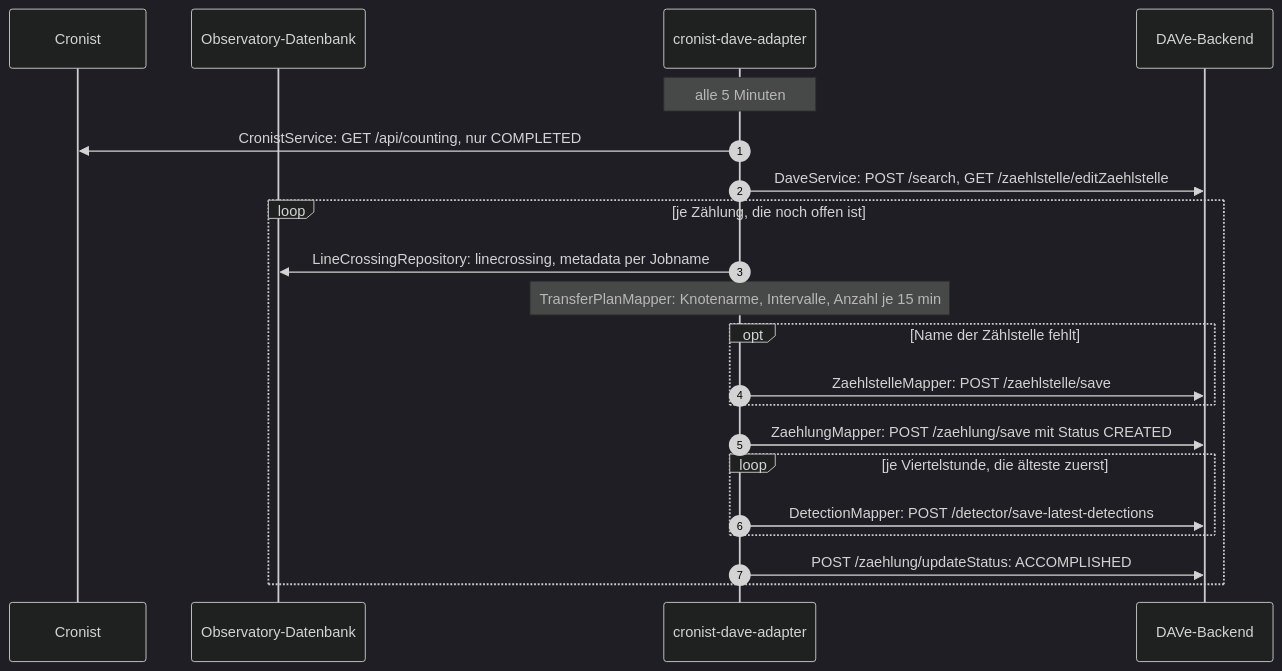
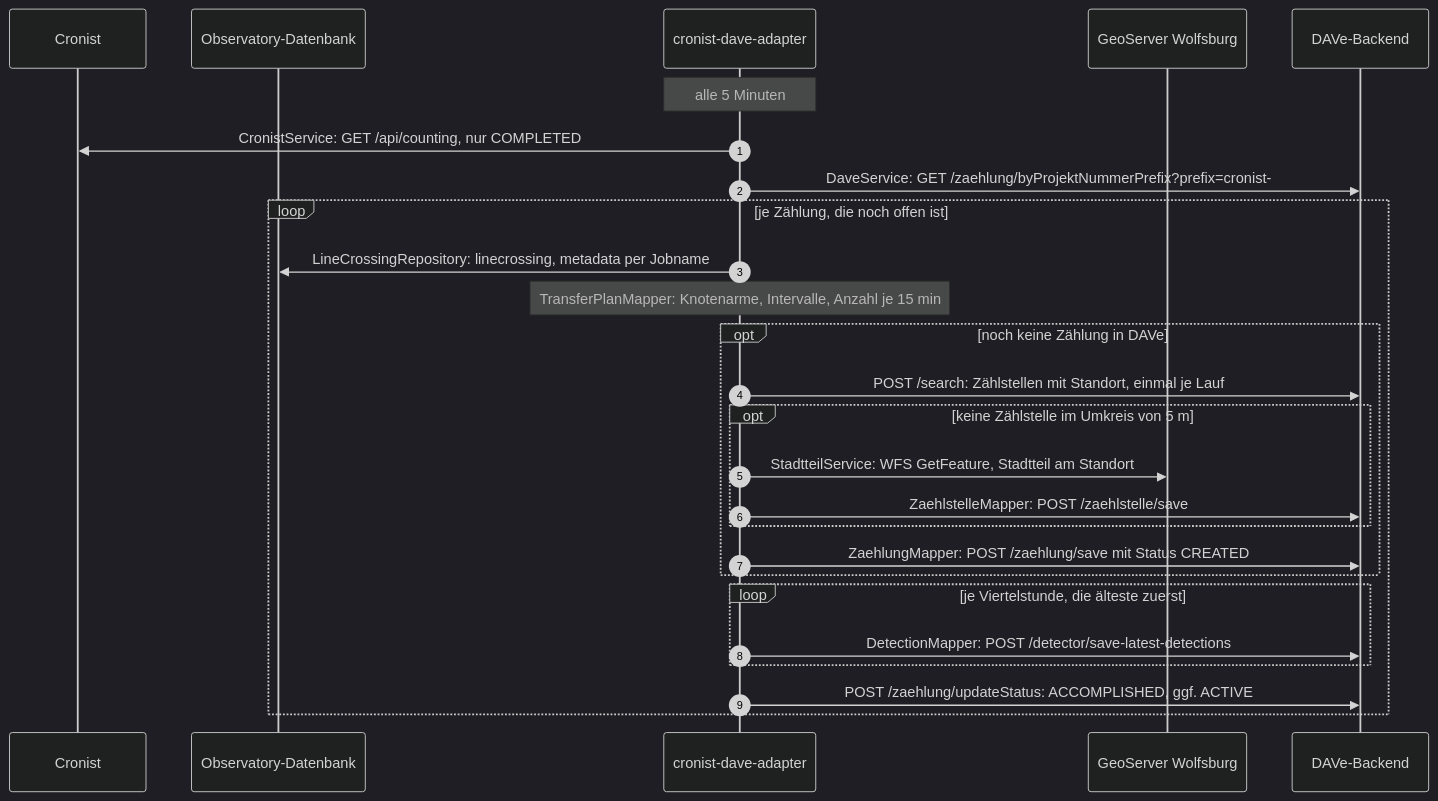
One commit to starwit/cronist-dave-adapter changed the first of 2 diagrams in docs/Cronist-DAVe-Adapter.md. Above: the diagram before and after it, drawn with Mermaid (dark theme). The commit also changed other lines of this file and 15 other files, not shown here.

Commit message:
feat: ab#2325 transfer cronist data to DAVe

````diff
--- a/docs/Cronist-DAVe-Adapter.md
+++ b/docs/Cronist-DAVe-Adapter.md
@@ -7,24 +7,29 @@
 ```mermaid
 sequenceDiagram
     autonumber
     participant C as Cronist
     participant O as Observatory-Datenbank
     participant A as cronist-dave-adapter
+    participant G as GeoServer Wolfsburg
     participant D as DAVe-Backend
 
     Note over A: alle 5 Minuten
     A->>C: CronistService: GET /api/counting, nur COMPLETED
-    A->>D: DaveService: POST /search, GET /zaehlstelle/editZaehlstelle
+    A->>D: DaveService: GET /zaehlung/byProjektNummerPrefix?prefix=cronist-
     loop je Zählung, die noch offen ist
         A->>O: LineCrossingRepository: linecrossing, metadata per Jobname
         Note over A: TransferPlanMapper: Knotenarme, Intervalle, Anzahl je 15 min
-        opt Name der Zählstelle fehlt
-            A->>D: ZaehlstelleMapper: POST /zaehlstelle/save
+        opt noch keine Zählung in DAVe
+            A->>D: POST /search: Zählstellen mit Standort, einmal je Lauf
+            opt keine Zählstelle im Umkreis von 5 m
+                A->>G: StadtteilService: WFS GetFeature, Stadtteil am Standort
+                A->>D: ZaehlstelleMapper: POST /zaehlstelle/save
+            end
+            A->>D: ZaehlungMapper: POST /zaehlung/save mit Status CREATED
         end
-        A->>D: ZaehlungMapper: POST /zaehlung/save mit Status CREATED
         loop je Viertelstunde, die älteste zuerst
             A->>D: DetectionMapper: POST /detector/save-latest-detections
         end
-        A->>D: POST /zaehlung/updateStatus: ACCOMPLISHED
+        A->>D: POST /zaehlung/updateStatus: ACCOMPLISHED, ggf. ACTIVE
     end
 ```
````
